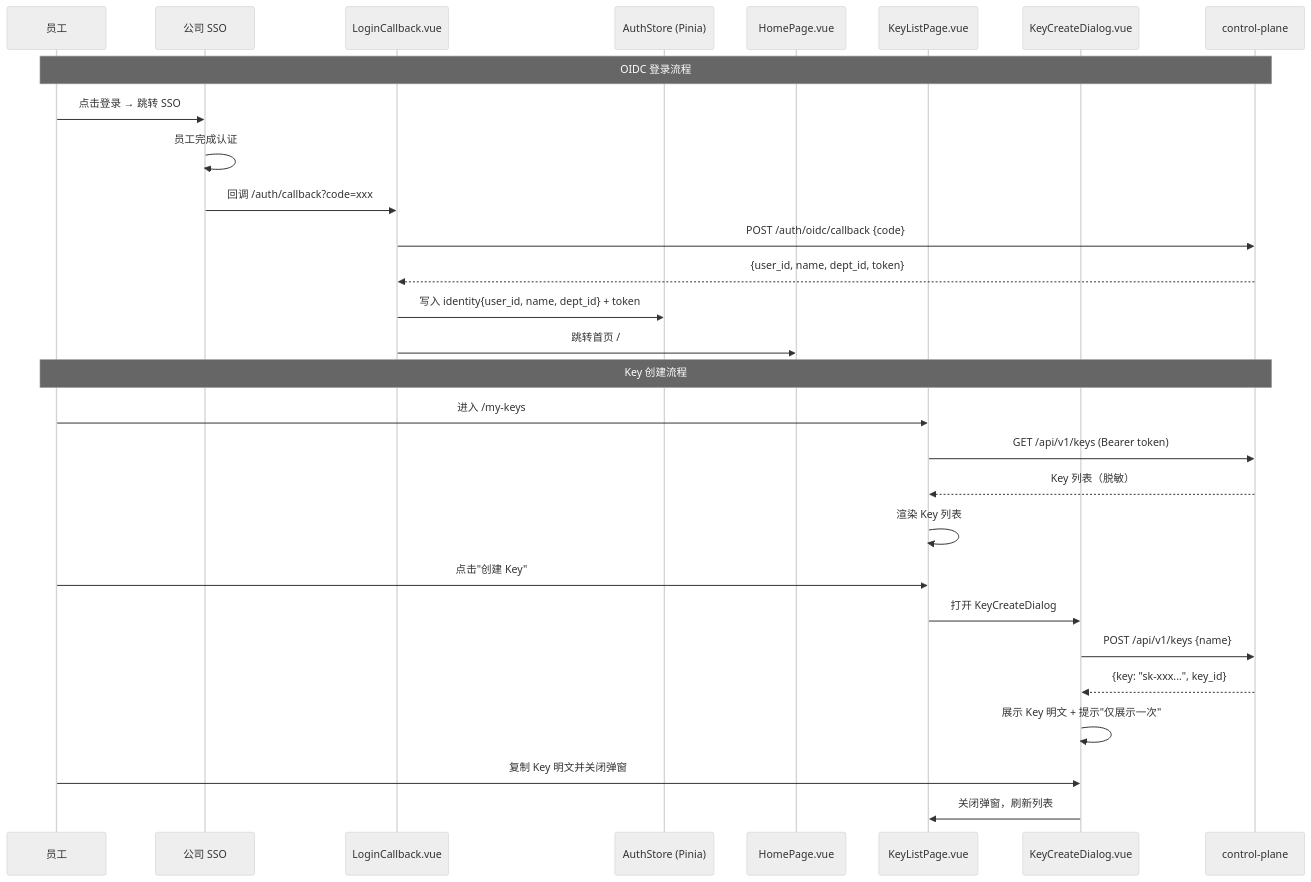
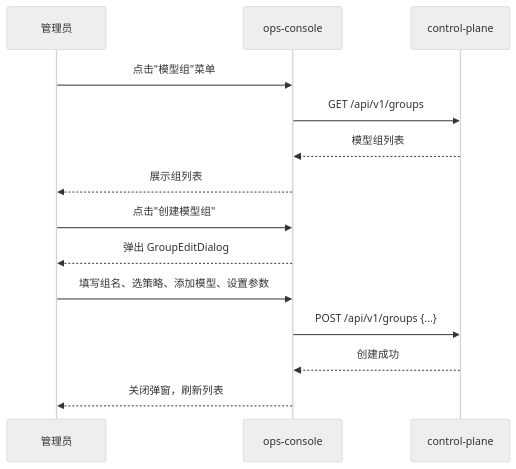
One commit to achieve-jsy/llm-gateway changed the second of 2 diagrams in xspec/changes/ops-console/hld.delta.md. Above: the diagram before and after it, drawn with Mermaid (neutral theme). The commit also changed other lines of this file and 174 other files, not shown here.

````diff
--- a/xspec/changes/ops-console/hld.delta.md
+++ b/xspec/changes/ops-console/hld.delta.md
@@ -37,33 +63,18 @@
 ```mermaid
 sequenceDiagram
-    participant User as 员工
-    participant SSO as 公司 SSO
-    participant Callback as LoginCallback.vue
-    participant Store as AuthStore (Pinia)
-    participant Home as HomePage.vue
-    participant KeyPage as KeyListPage.vue
-    participant Dialog as KeyCreateDialog.vue
+    participant ADM as 管理员
+    participant OC as ops-console
     participant CP as control-plane
 
-    Note over User,CP: OIDC 登录流程
-    User->>SSO: 点击登录 → 跳转 SSO
-    SSO->>SSO: 员工完成认证
-    SSO->>Callback: 回调 /auth/callback?code=xxx
-    Callback->>CP: POST /auth/oidc/callback {code}
-    CP-->>Callback: {user_id, name, dept_id, token}
-    Callback->>Store: 写入 identity{user_id, name, dept_id} + token
-    Callback->>Home: 跳转首页 /
+    ADM->>OC: 点击"模型组"菜单
+    OC->>CP: GET /api/v1/groups
+    CP-->>OC: 模型组列表
+    OC-->>ADM: 展示组列表
 
-    Note over User,CP: Key 创建流程
-    User->>KeyPage: 进入 /my-keys
-    KeyPage->>CP: GET /api/v1/keys (Bearer token)
-    CP-->>KeyPage: Key 列表（脱敏）
-    KeyPage->>KeyPage: 渲染 Key 列表
-    User->>KeyPage: 点击"创建 Key"
-    KeyPage->>Dialog: 打开 KeyCreateDialog
-    Dialog->>CP: POST /api/v1/keys {name}
-    CP-->>Dialog: {key: "sk-xxx...", key_id}
-    Dialog->>Dialog: 展示 Key 明文 + 提示"仅展示一次"
-    User->>Dialog: 复制 Key 明文并关闭弹窗
-    Dialog->>KeyPage: 关闭弹窗，刷新列表
+    ADM->>OC: 点击"创建模型组"
+    OC-->>ADM: 弹出 GroupEditDialog
+    ADM->>OC: 填写组名、选策略、添加模型、设置参数
+    OC->>CP: POST /api/v1/groups {...}
+    CP-->>OC: 创建成功
+    OC-->>ADM: 关闭弹窗，刷新列表
 ```
````
